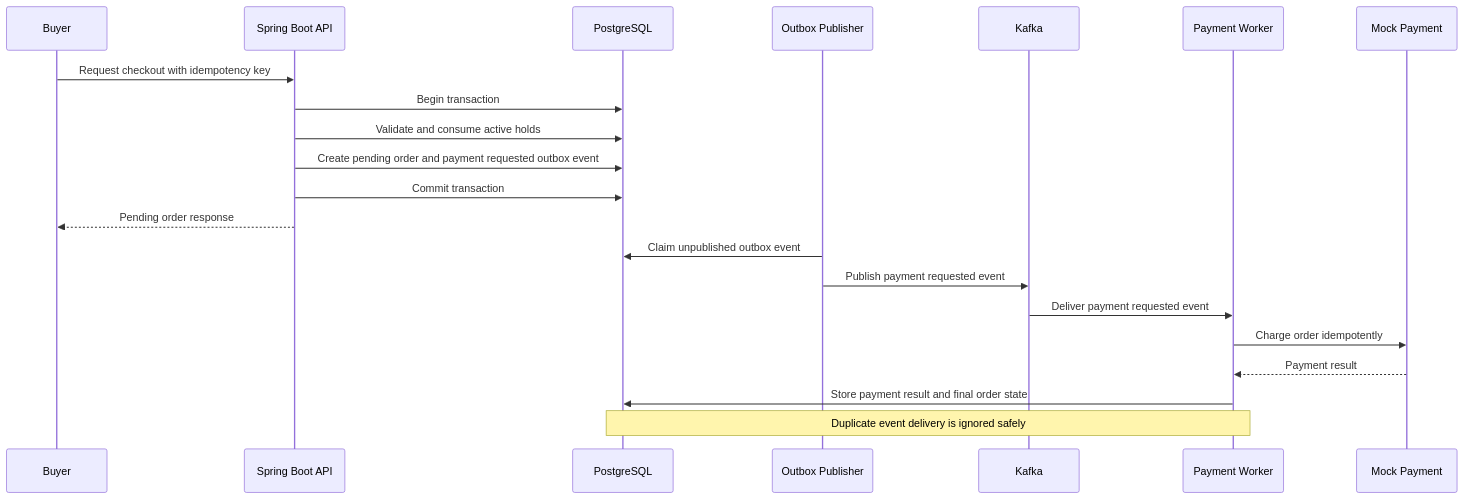
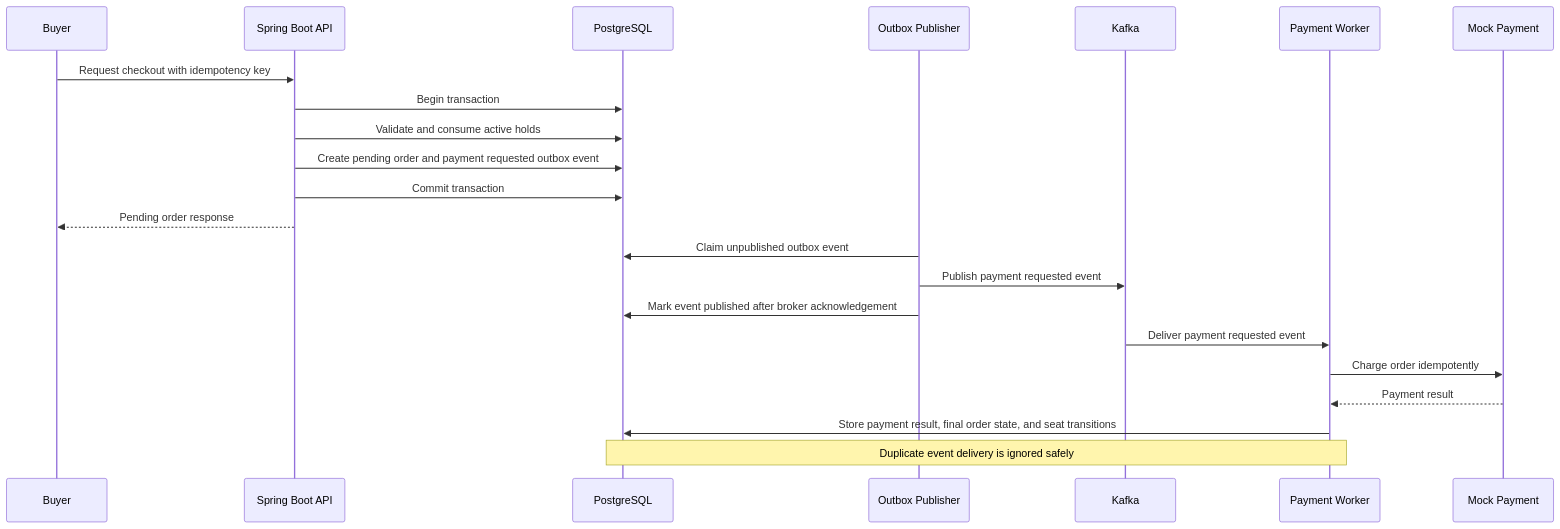
The second of 4 diagrams in docs/sequence-diagrams.md (WenAlgo998/tricketrush), drawn with Mermaid before and after one commit. The commit also changed other lines of this file and 22 other files, not shown here.

````diff
--- a/docs/sequence-diagrams.md
+++ b/docs/sequence-diagrams.md
@@ -26,24 +28,25 @@
 ```mermaid
 sequenceDiagram
     participant Buyer
     participant API as Spring Boot API
     participant DB as PostgreSQL
     participant OUT as Outbox Publisher
     participant K as Kafka
     participant W as Payment Worker
     participant Payment as Mock Payment
 
     Buyer->>API: Request checkout with idempotency key
     API->>DB: Begin transaction
     API->>DB: Validate and consume active holds
     API->>DB: Create pending order and payment requested outbox event
     API->>DB: Commit transaction
     API-->>Buyer: Pending order response
     OUT->>DB: Claim unpublished outbox event
     OUT->>K: Publish payment requested event
+    OUT->>DB: Mark event published after broker acknowledgement
     K->>W: Deliver payment requested event
     W->>Payment: Charge order idempotently
     Payment-->>W: Payment result
-    W->>DB: Store payment result and final order state
+    W->>DB: Store payment result, final order state, and seat transitions
     Note over W,DB: Duplicate event delivery is ignored safely
 ```
````
